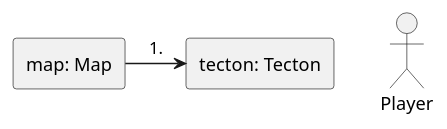
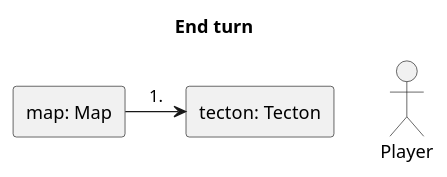
Before and after one commit to Petya-G/fungorium: the diagram in 5/communication_diagrams/ends_turn.puml, drawn with PlantUML. The commit also changed 2 other files, not shown here.

Commit message:
changed comm diagram

```diff
--- a/5/communication_diagrams/ends_turn.puml
+++ b/5/communication_diagrams/ends_turn.puml
@@ -2,8 +2,9 @@
-@startuml Grows thread
+@startuml End turn
+title  End turn
 skinparam linestyle ortho
 actor Player
 rectangle "map: Map" as 1
 rectangle "tecton: Tecton" as 2.1
 1 -right-> 2.1: 1. 
 
 @enduml
```
